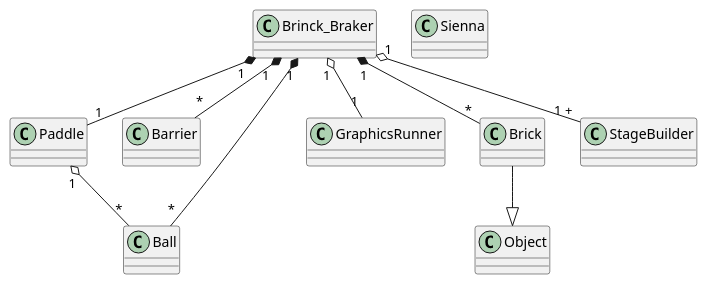
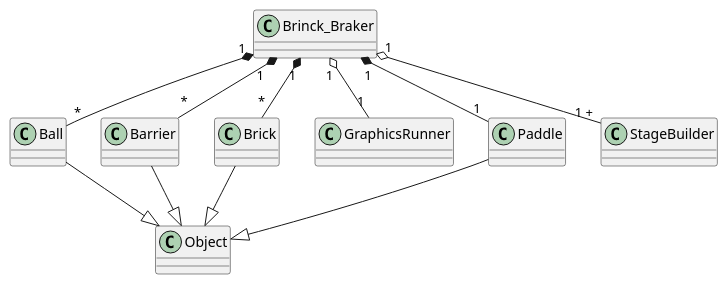
The diagram in docs/Diagrama.puml (SantiagoGarciaVazquez/BrickBreaker), drawn with PlantUML before and after one commit. The commit also changed 2 other files, not shown here.

```diff
--- a/docs/Diagrama.puml
+++ b/docs/Diagrama.puml
@@ -1,25 +1,24 @@
 @startuml Brinck_Braker
 
 class Ball
 class Barrier
 class Brick
 class Brinck_Braker 
 class GraphicsRunner
 class Paddle
 class StageBuilder
+class Object
 
-class Sienna
 Brinck_Braker "1" *-- "*" Ball
 Brinck_Braker "1" *-- "1" Paddle
 Brinck_Braker "1" *-- "*" Brick
 Brinck_Braker "1 "*--  "*" Barrier
 
 Brinck_Braker "1" o-- "1" GraphicsRunner
 Brinck_Braker "1" o-- "1 +"StageBuilder
 
-Paddle "1" o-- "*" Ball
-
-Brick --|> Object
-
-
+Brick --|>  Object
+Ball  --|> Object
+Paddle --|> Object
+Barrier--|> Object
 @enduml
```
